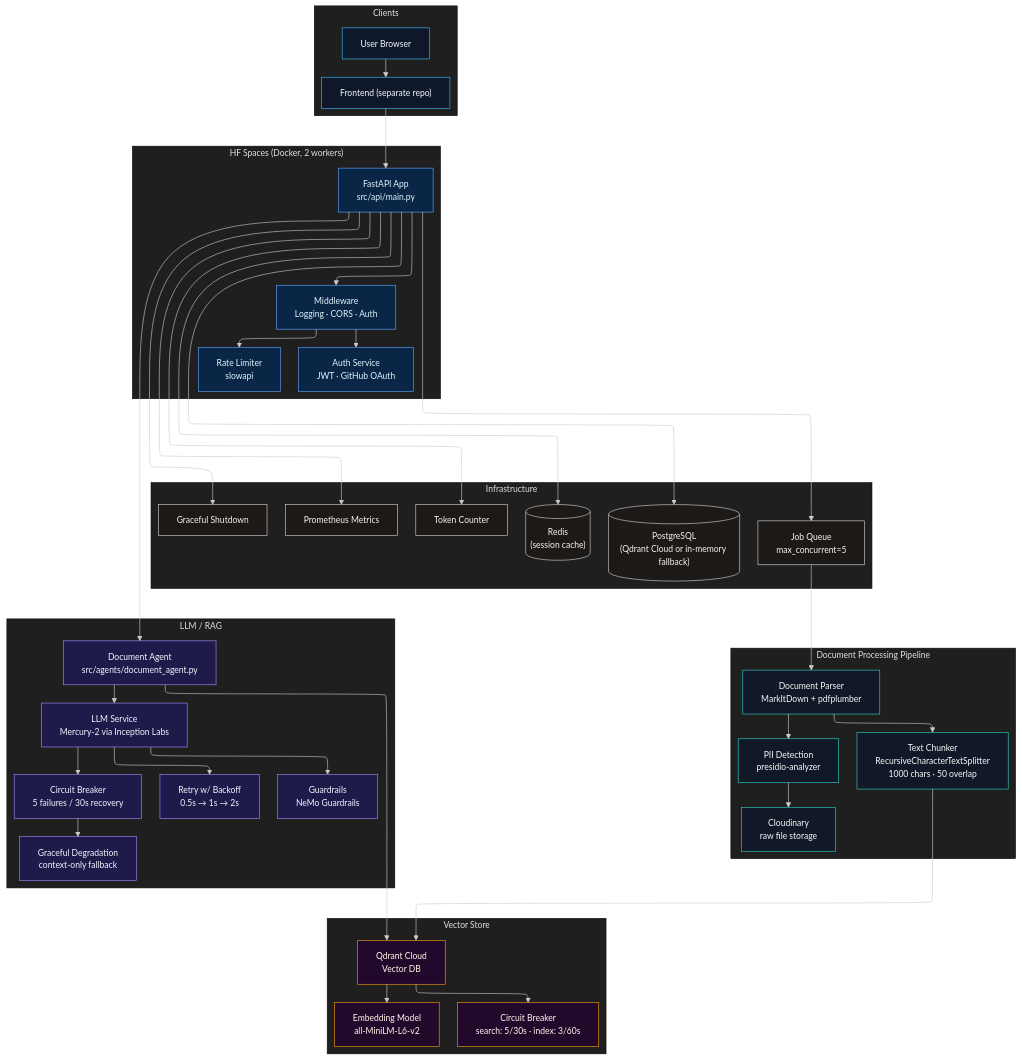
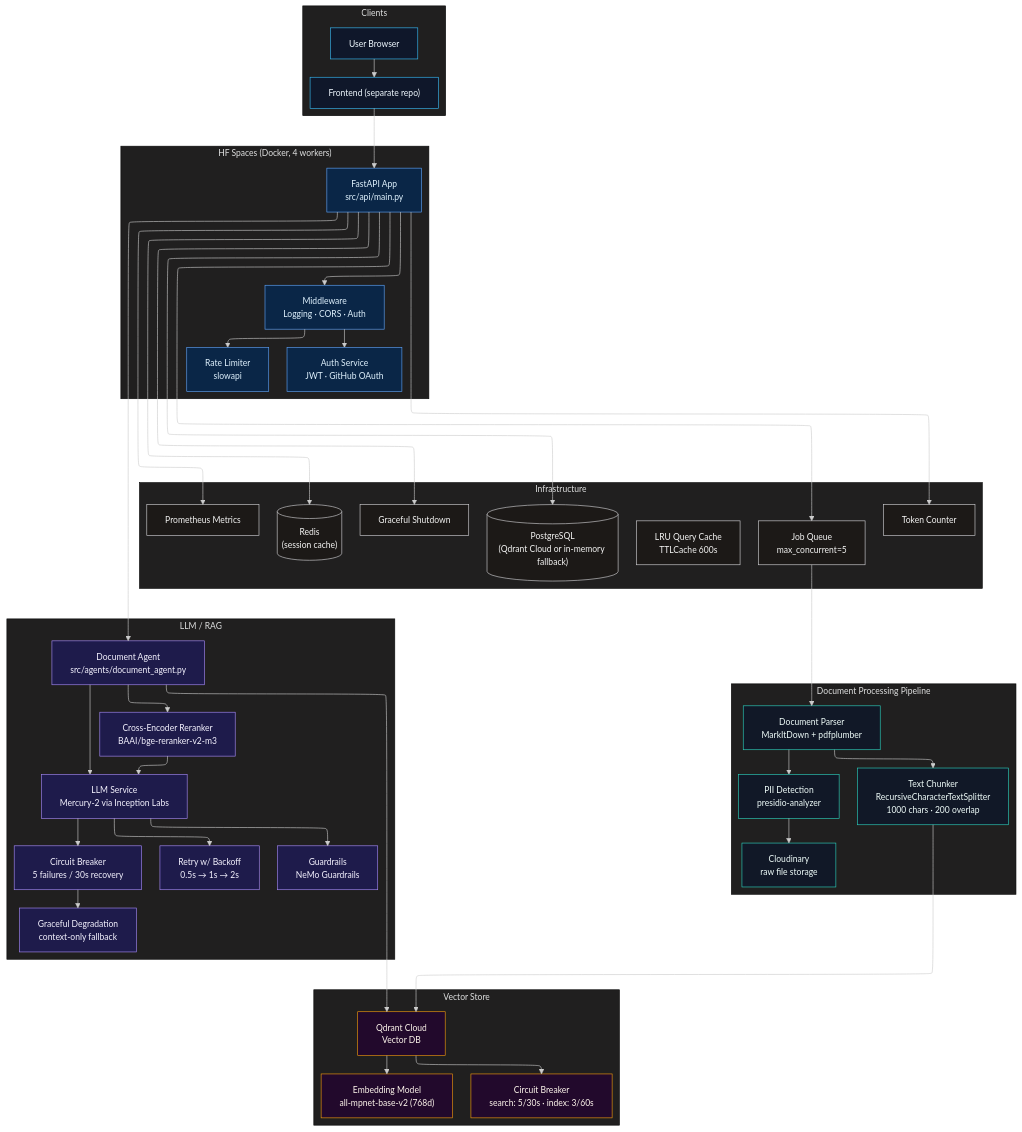
One commit to AKXLR8/vector-auditor changed the diagram in README.md. Above: the diagram before and after it, drawn with Mermaid. The commit also changed other lines of this file, not shown here.

Commit message:
docs: update README with all latest features (reranker, mpnet, LRU cache, PII default)

````diff
--- a/README.md
+++ b/README.md
@@ -49,7 +56,7 @@
     FE["Frontend (separate repo)"]
   end
 
-  subgraph "HF Spaces (Docker, 2 workers)"
+  subgraph "HF Spaces (Docker, 4 workers)"
     API["FastAPI App<br/>src/api/main.py"]
     MW["Middleware<br/>Logging · CORS · Auth"]
     Auth["Auth Service<br/>JWT · GitHub OAuth"]
@@ -60,17 +67,18 @@
     Parser["Document Parser<br/>MarkItDown + pdfplumber"]
     PII["PII Detection<br/>presidio-analyzer"]
     Cloud["Cloudinary<br/>raw file storage"]
-    Chunker["Text Chunker<br/>RecursiveCharacterTextSplitter<br/>1000 chars · 50 overlap"]
+    Chunker["Text Chunker<br/>RecursiveCharacterTextSplitter<br/>1000 chars · 200 overlap"]
   end
 
   subgraph "Vector Store"
     Qdrant["Qdrant Cloud<br/>Vector DB"]
-    Embedder["Embedding Model<br/>all-MiniLM-L6-v2"]
+    Embedder["Embedding Model<br/>all-mpnet-base-v2 (768d)"]
     CB_Q["Circuit Breaker<br/>search: 5/30s · index: 3/60s"]
   end
 
   subgraph "LLM / RAG"
     Agent["Document Agent<br/>src/agents/document_agent.py"]
+    Reranker["Cross-Encoder Reranker<br/>BAAI/bge-reranker-v2-m3"]
     LLM["LLM Service<br/>Mercury-2 via Inception Labs"]
     CB_L["Circuit Breaker<br/>5 failures / 30s recovery"]
     Retry["Retry w/ Backoff<br/>0.5s → 1s → 2s"]
@@ -83,6 +91,7 @@
     Redis[("Redis<br/>(session cache)")]
     JobQ["Job Queue<br/>max_concurrent=5"]
     Metrics["Prometheus Metrics"]
+    Cache["LRU Query Cache<br/>TTLCache 600s"]
     Shutdown["Graceful Shutdown"]
     TokenCounter["Token Counter"]
   end
@@ -99,6 +108,8 @@
 
   API --> Agent
   Agent --> Qdrant
+  Agent --> Reranker
+  Reranker --> LLM
   Agent --> LLM
   LLM --> CB_L --> Degrade
   LLM --> Retry
@@ -122,6 +133,6 @@
   class API,MW,Auth,Rate api
   class Parser,PII,Cloud,Chunker process
   class Qdrant,Embedder,CB_Q vector
-  class Agent,LLM,CB_L,Retry,Guard,Degrade llm
-  class PG,Redis,JobQ,Metrics,Shutdown,TokenCounter infra
+  class Agent,Reranker,LLM,CB_L,Retry,Guard,Degrade llm
+  class PG,Redis,JobQ,Metrics,Cache,Shutdown,TokenCounter infra
 ```
````
